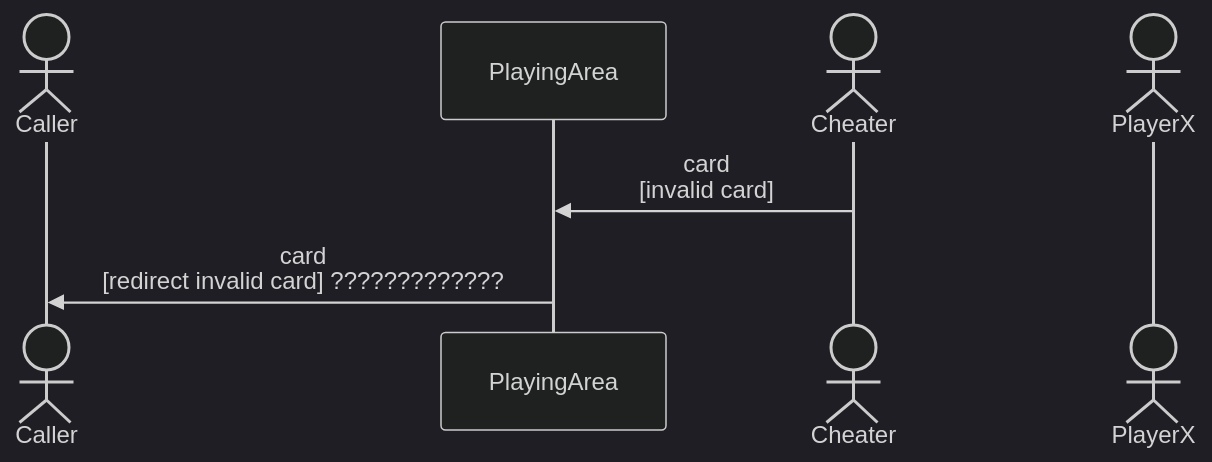
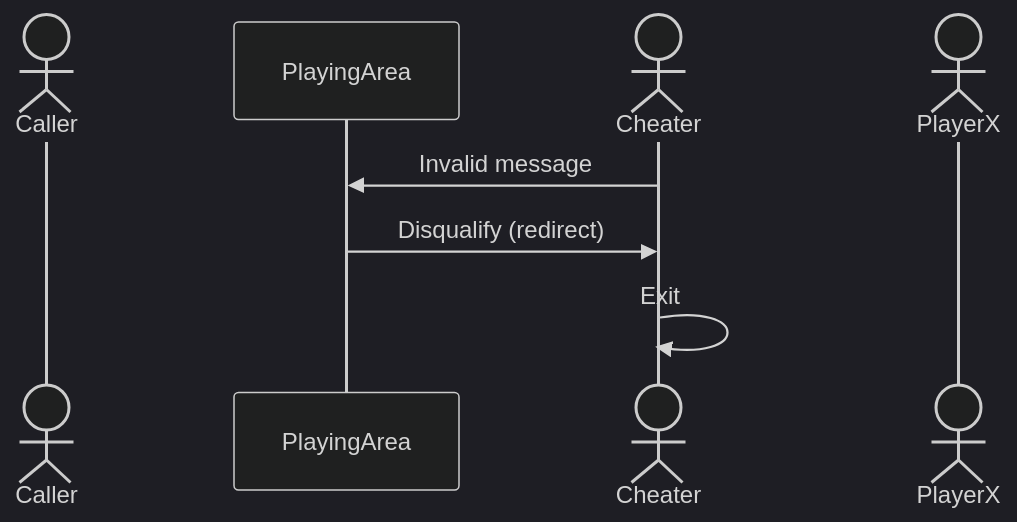
One commit to detiuaveiro/assignment-2---bingo-26 changed the seventh of 7 diagrams in Documentation.md. Above: the diagram before and after it, drawn with Mermaid (dark theme). The commit also changed other lines of this file and 10 other files, not shown here.

````diff
--- a/Documentation.md
+++ b/Documentation.md
@@ -333,11 +390,10 @@
 ```mermaid
 sequenceDiagram
     actor Caller
     participant PlayingArea
     actor Cheater
     actor PlayerX
-    Cheater->>PlayingArea: card <br> [invalid card]
-    PlayingArea->>Caller: card <br> [redirect invalid card] ?????????????
-
-
+    Cheater->>PlayingArea: Invalid message
+    PlayingArea->>Cheater: Disqualify (redirect)
+    Cheater->>Cheater: Exit
 ```
````
